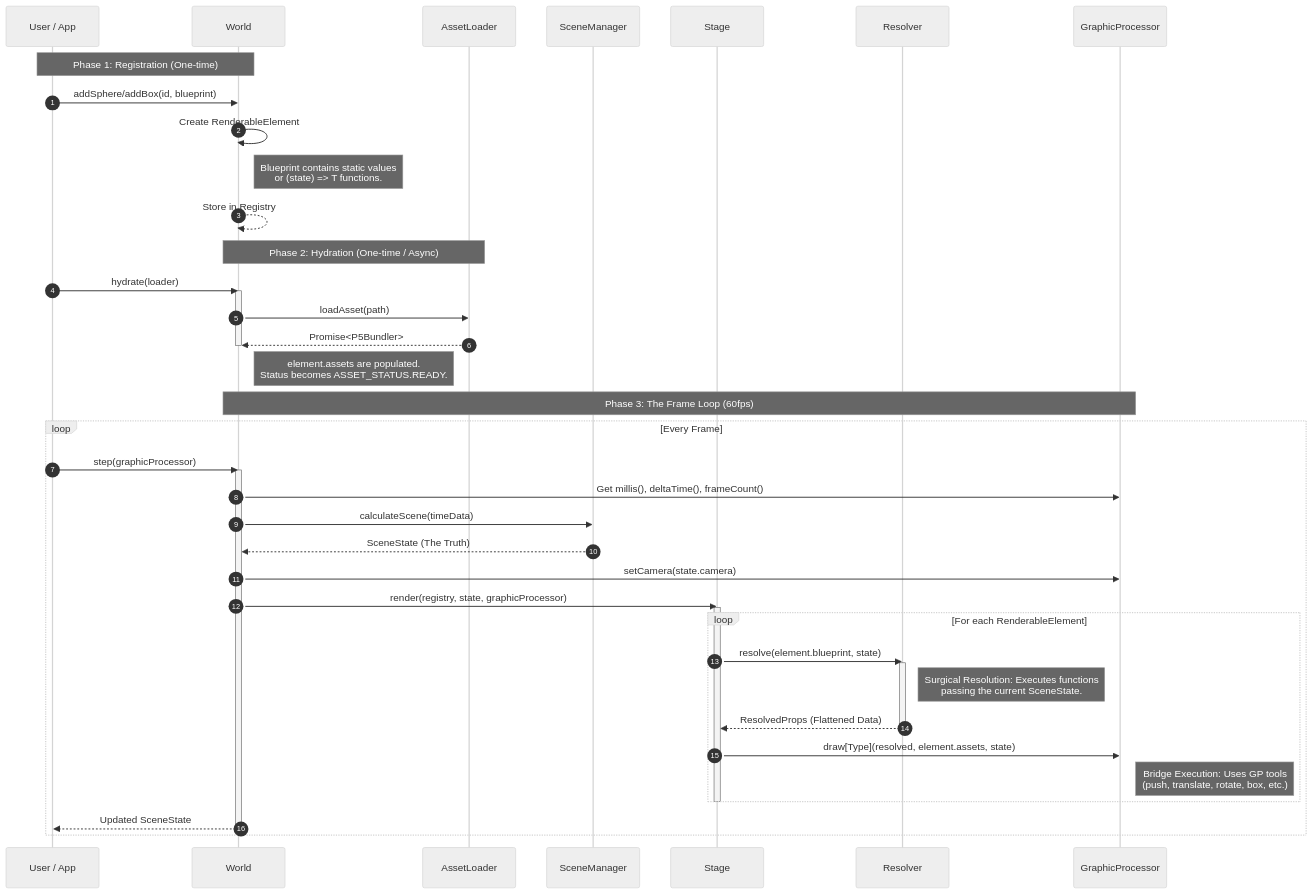
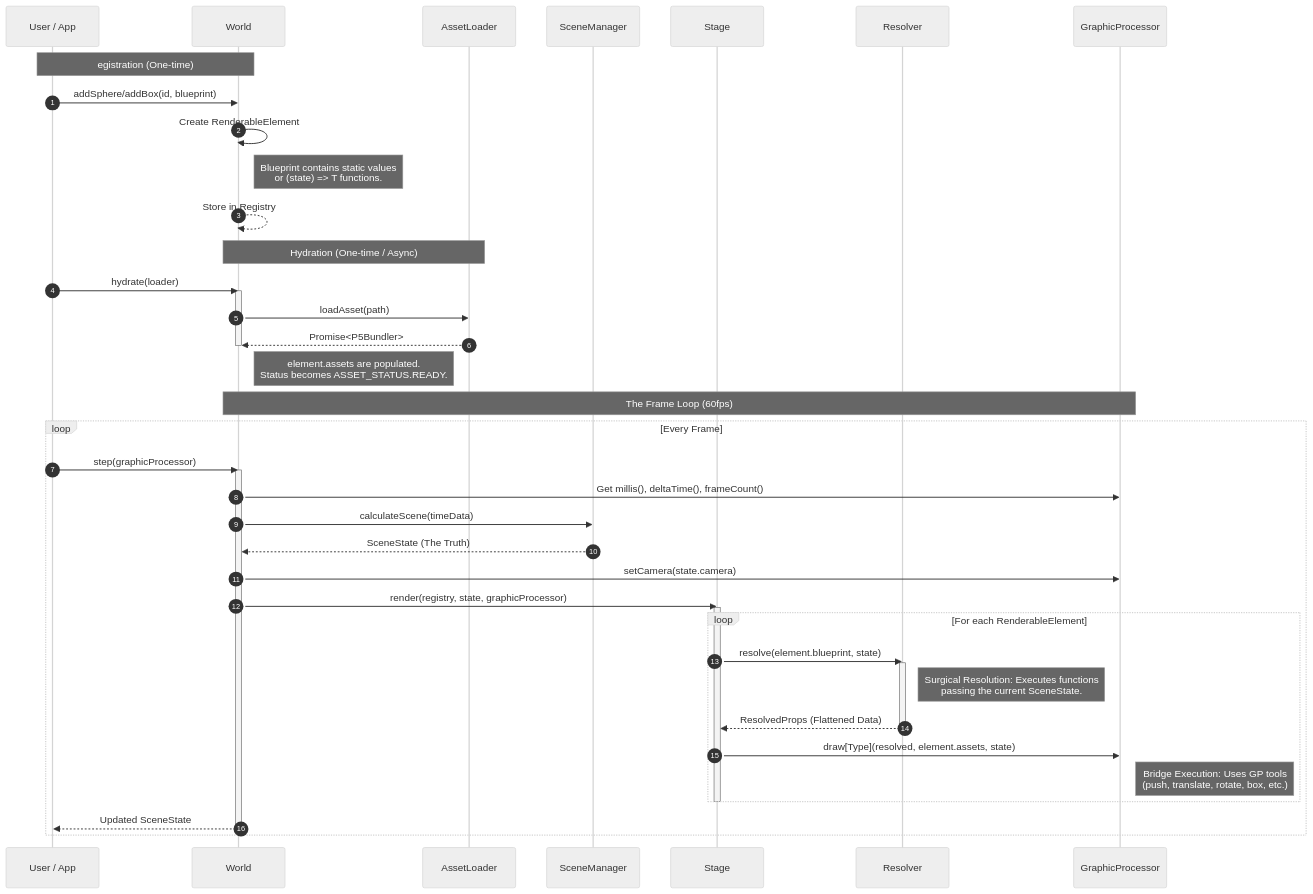
Before and after one commit to thiagomata/parallax: the diagram in notes.md, drawn with Mermaid (neutral theme). The commit also changed 40 other files, not shown here.

````diff
--- a/notes.md
+++ b/notes.md
@@ -1,55 +1,55 @@
 ```mermaid
 sequenceDiagram
     autonumber
     participant U as User / App
     participant W as World
     participant L as AssetLoader
     participant SM as SceneManager
     participant S as Stage
     participant R as Resolver
     participant GP as GraphicProcessor
 
-    Note over U,W: Phase 1: Registration (One-time)
+    Note over U,W: egistration (One-time)
     U->>W: addSphere/addBox(id, blueprint)
     W->>W: Create RenderableElement
     Note right of W: Blueprint contains static values<br/>or (state) => T functions.
     W-->>W: Store in Registry
 
-    Note over W,L: Phase 2: Hydration (One-time / Async)
+    Note over W,L: Hydration (One-time / Async)
     U->>W: hydrate(loader)
     activate W
     W->>L: loadAsset(path)
     L-->>W: Promise<P5Bundler>
     deactivate W
     Note right of W: element.assets are populated.<br/>Status becomes ASSET_STATUS.READY.
 
-    Note over W,GP: Phase 3: The Frame Loop (60fps)
+    Note over W,GP: The Frame Loop (60fps)
     loop Every Frame
         U->>W: step(graphicProcessor)
         activate W
 
         W->>GP: Get millis(), deltaTime(), frameCount()
         W->>SM: calculateScene(timeData)
         SM-->>W: SceneState (The Truth)
 
         W->>GP: setCamera(state.camera)
 
         W->>S: render(registry, state, graphicProcessor)
         activate S
 
         loop For each RenderableElement
             S->>R: resolve(element.blueprint, state)
             activate R
             Note right of R: Surgical Resolution: Executes functions<br/>passing the current SceneState.
             R-->>S: ResolvedProps (Flattened Data)
             deactivate R
 
             S->>GP: draw[Type](resolved, element.assets, state)
             Note right of GP: Bridge Execution: Uses GP tools<br/>(push, translate, rotate, box, etc.)
         end
         deactivate S
 
         W-->>U: Updated SceneState
         deactivate W
     end
 ```
````
